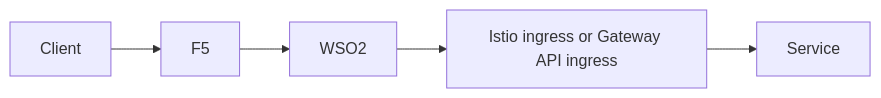
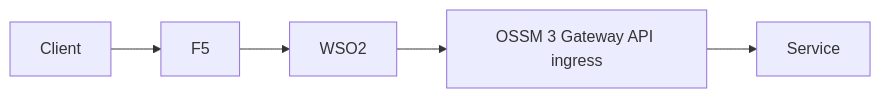
The third of 5 diagrams in gateway patterns/05-openshift-routes-gateway-api-and-ingress.md (zeshaq/tutorials-presentations-docs), drawn with Mermaid before and after one commit. The commit also changed other lines of this file and 10 other files, not shown here.

Commit message:
Add gateway implementation docs and align OSSM 3 patterns

````diff
--- a/gateway patterns/05-openshift-routes-gateway-api-and-ingress.md
+++ b/gateway patterns/05-openshift-routes-gateway-api-and-ingress.md
@@ -42,7 +42,7 @@
 ```mermaid
 flowchart LR
     C["Client"] --> F5["F5"]
     F5 --> W["WSO2"]
-    W --> I["Istio ingress or Gateway API ingress"]
+    W --> I["OSSM 3 Gateway API ingress"]
     I --> APP["Service"]
 ```
````
